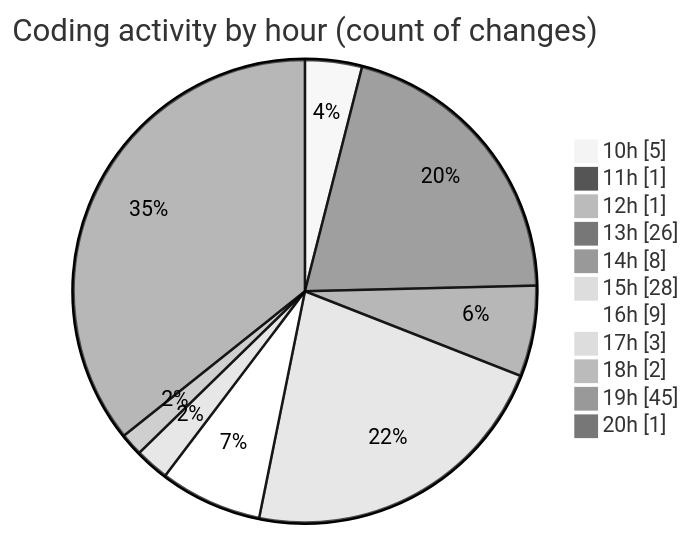
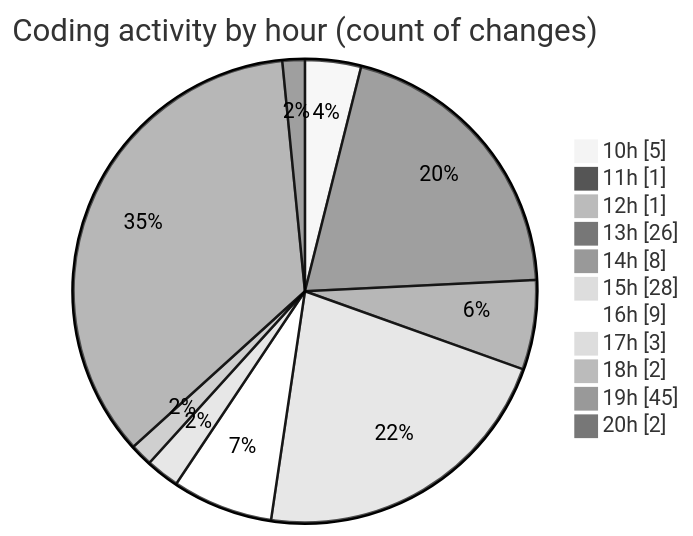
Before and after one commit to momahboobian/code-tracking: the second of 2 diagrams in 2026-04-21/cda/README.md, drawn with Mermaid (neutral theme). The commit also changed other lines of this file and 1 other file, not shown here.

````diff
--- a/2026-04-21/cda/README.md
+++ b/2026-04-21/cda/README.md
@@ -71,15 +72,15 @@
 ```mermaid
 pie showData
 title Coding activity by hour (count of changes)
 "10h" : 5
 "11h" : 1
 "12h" : 1
 "13h" : 26
 "14h" : 8
 "15h" : 28
 "16h" : 9
 "17h" : 3
 "18h" : 2
 "19h" : 45
-"20h" : 1
+"20h" : 2
 ```
````
